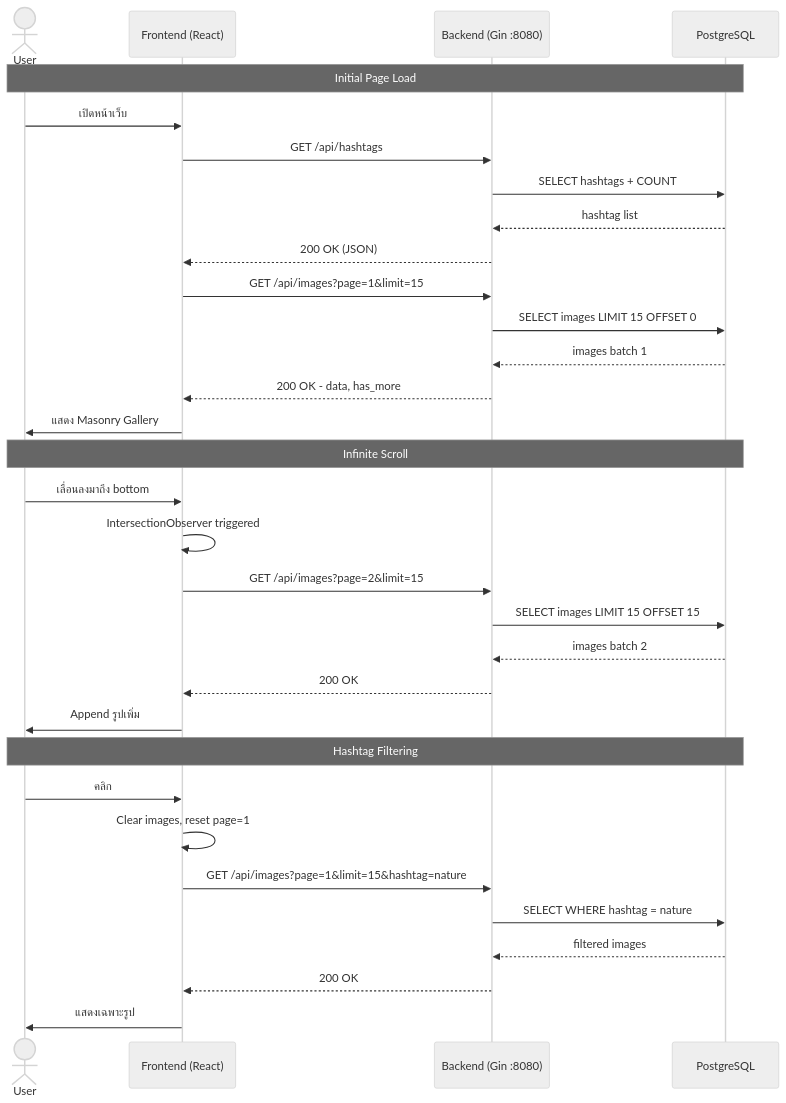
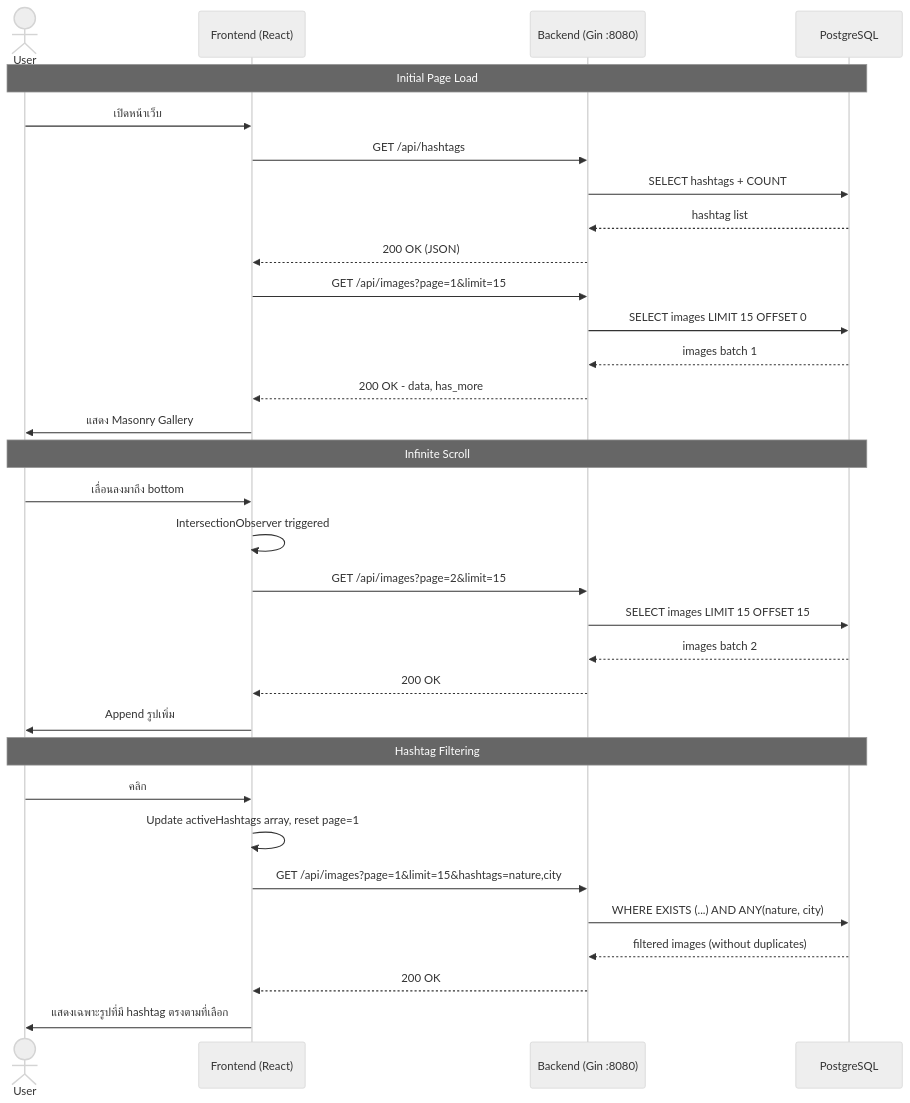
One commit to loywizzy/gallery-assessment-web changed the third of 3 diagrams in README.md. Above: the diagram before and after it, drawn with Mermaid (neutral theme). The commit also changed other lines of this file, not shown here.

Commit message:
docs: Update frontend README.

````diff
--- a/README.md
+++ b/README.md
@@ -148,41 +148,41 @@
 ```mermaid
 sequenceDiagram
     actor User
     participant FE as Frontend (React)
     participant API as Backend (Gin :8080)
     participant DB as PostgreSQL
 
     Note over User, DB: Initial Page Load
 
     User->>FE: เปิดหน้าเว็บ
     FE->>API: GET /api/hashtags
     API->>DB: SELECT hashtags + COUNT
     DB-->>API: hashtag list
     API-->>FE: 200 OK (JSON)
 
     FE->>API: GET /api/images?page=1&limit=15
     API->>DB: SELECT images LIMIT 15 OFFSET 0
     DB-->>API: images batch 1
     API-->>FE: 200 OK - data, has_more
     FE->>User: แสดง Masonry Gallery
 
     Note over User, DB: Infinite Scroll
 
     User->>FE: เลื่อนลงมาถึง bottom
     FE->>FE: IntersectionObserver triggered
     FE->>API: GET /api/images?page=2&limit=15
     API->>DB: SELECT images LIMIT 15 OFFSET 15
     DB-->>API: images batch 2
     API-->>FE: 200 OK
     FE->>User: Append รูปเพิ่ม
 
     Note over User, DB: Hashtag Filtering
 
-    User->>FE: คลิก #nature
-    FE->>FE: Clear images, reset page=1
-    FE->>API: GET /api/images?page=1&limit=15&hashtag=nature
-    API->>DB: SELECT WHERE hashtag = nature
-    DB-->>API: filtered images
+    User->>FE: คลิก #nature และ #city
+    FE->>FE: Update activeHashtags array, reset page=1
+    FE->>API: GET /api/images?page=1&limit=15&hashtags=nature,city
+    API->>DB: WHERE EXISTS (...) AND ANY(nature, city) 
+    DB-->>API: filtered images (without duplicates)
     API-->>FE: 200 OK
-    FE->>User: แสดงเฉพาะรูป #nature
+    FE->>User: แสดงเฉพาะรูปที่มี hashtag ตรงตามที่เลือก
 ```
````
